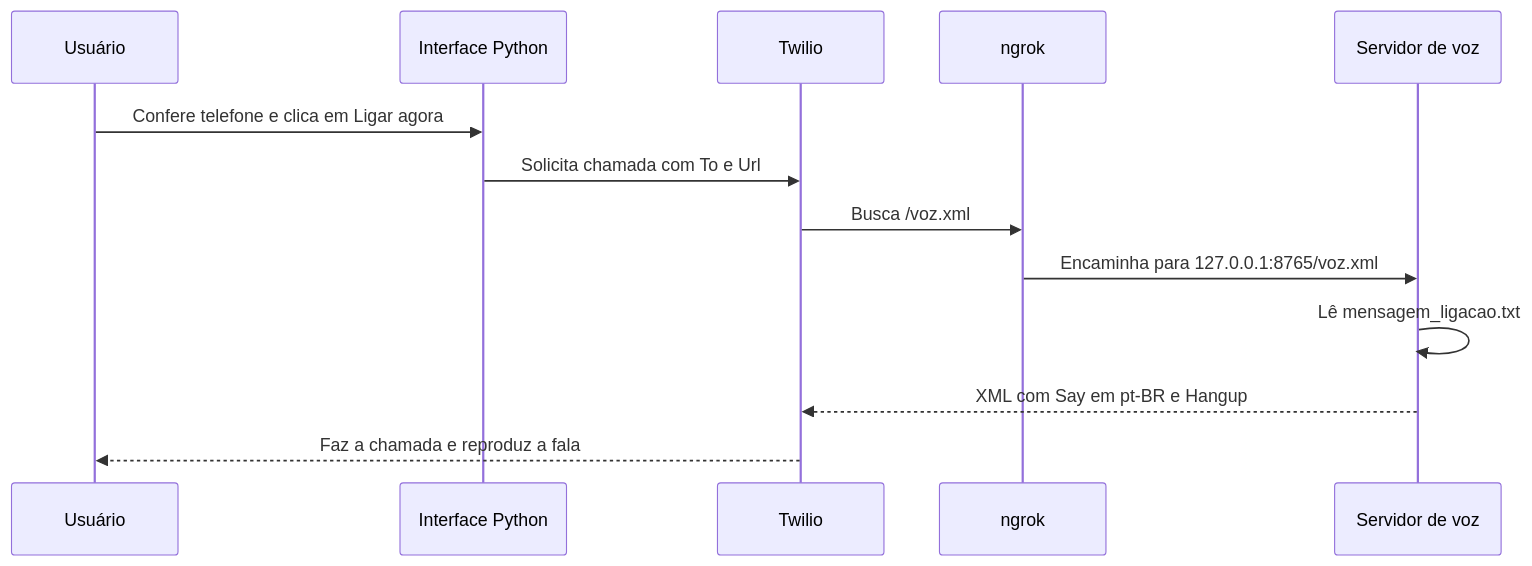
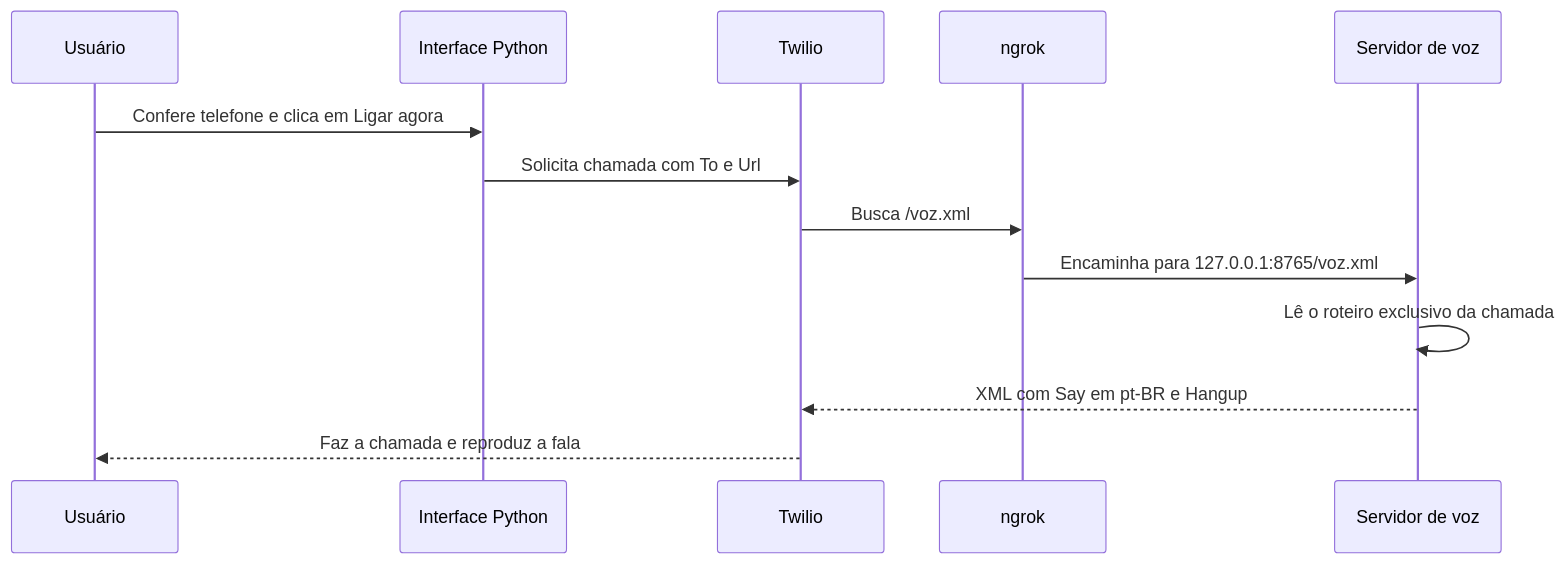
One commit to 0mthsxz0/BB-Dataton changed the diagram in VOZ_PERSONALIZADA.md. Above: the diagram before and after it, drawn with Mermaid. The commit also changed other lines of this file and 10 other files, not shown here.

````diff
--- a/VOZ_PERSONALIZADA.md
+++ b/VOZ_PERSONALIZADA.md
@@ -17,15 +22,15 @@
 ```mermaid
 sequenceDiagram
     participant U as Usuário
     participant A as Interface Python
     participant T as Twilio
     participant N as ngrok
     participant S as Servidor de voz
     U->>A: Confere telefone e clica em Ligar agora
     A->>T: Solicita chamada com To e Url
     T->>N: Busca /voz.xml
     N->>S: Encaminha para 127.0.0.1:8765/voz.xml
-    S->>S: Lê mensagem_ligacao.txt
+    S->>S: Lê o roteiro exclusivo da chamada
     S-->>T: XML com Say em pt-BR e Hangup
     T-->>U: Faz a chamada e reproduz a fala
 ```
````
